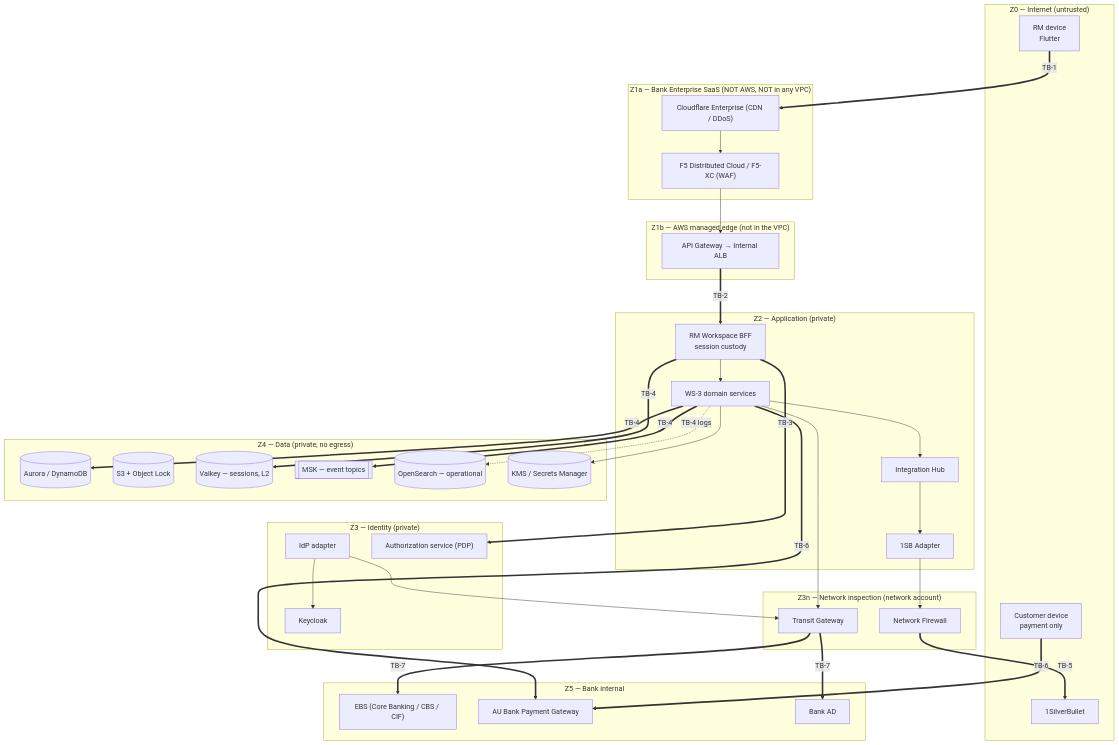
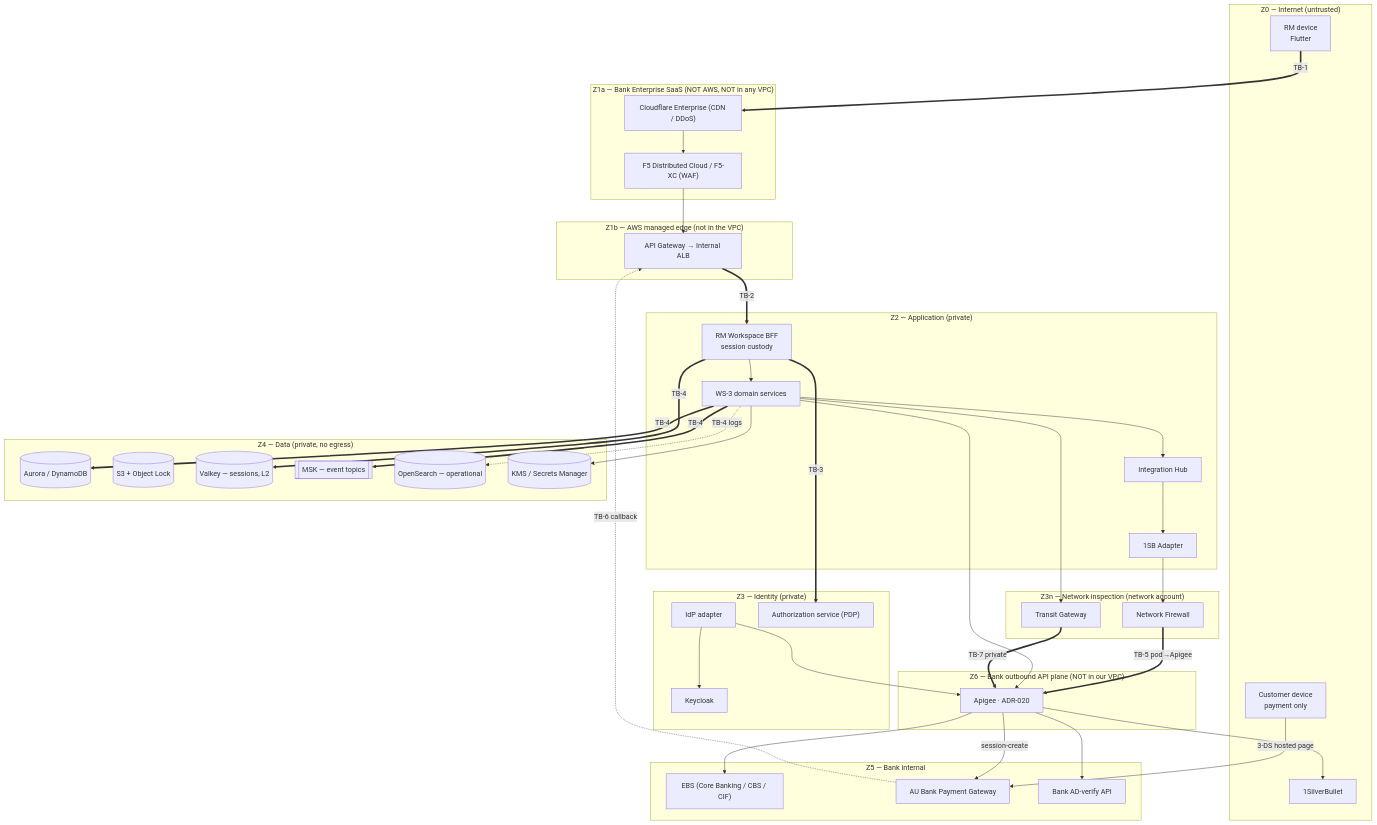
Before and after one commit to Mahesh38/bank-insurance-platform: the diagram in docs/platform/ws3-platform/04-security-architecture.md, drawn with Mermaid. The commit also changed other lines of this file and 12 other files, not shown here.

````diff
--- a/docs/platform/ws3-platform/04-security-architecture.md
+++ b/docs/platform/ws3-platform/04-security-architecture.md
@@ -60,66 +65,72 @@
 ```mermaid
 graph TB
     subgraph Z0["Z0 — Internet (untrusted)"]
         RM["RM device<br/>Flutter"]
         CUSTD["Customer device<br/>payment only"]
         SB["1SilverBullet"]
     end
 
     subgraph Z1S["Z1a — Bank Enterprise SaaS (NOT AWS, NOT in any VPC)"]
         CF["Cloudflare Enterprise (CDN / DDoS)"]
         F5["F5 Distributed Cloud / F5-XC (WAF)"]
     end
 
     subgraph Z1["Z1b — AWS managed edge (not in the VPC)"]
         GW["API Gateway → Internal ALB"]
     end
 
     subgraph Z2["Z2 — Application (private)"]
         BFF["RM Workspace BFF<br/>session custody"]
         SVCS["WS-3 domain services"]
         HUB["Integration Hub"]
         ADPT["1SB Adapter"]
     end
 
     subgraph Z3["Z3 — Identity (private)"]
         IDPA["IdP adapter"]
         PDP["Authorization service (PDP)"]
         KC["Keycloak"]
     end
 
     subgraph Z4["Z4 — Data (private, no egress)"]
         DB[("Aurora / DynamoDB")]
         OBJ[("S3 + Object Lock")]
         CACHE[("Valkey — sessions, L2")]
         BUS[["MSK — event topics"]]
         SRCH[("OpenSearch — operational")]
         KMS[("KMS / Secrets Manager")]
     end
 
     subgraph Z3N["Z3n — Network inspection (network account)"]
         TGW["Transit Gateway"]
         NFW["Network Firewall"]
     end
 
     subgraph Z5["Z5 — Bank internal"]
         EBS["EBS (Core Banking / CBS / CIF)"]
         PGW["AU Bank Payment Gateway"]
-        AD["Bank AD"]
+        AD["Bank AD-verify API"]
+    end
+
+    subgraph Z6["Z6 — Bank outbound API plane (NOT in our VPC)"]
+        APIGEE["Apigee · ADR-020"]
     end
 
     RM ==>|"TB-1"| CF --> F5 --> GW
-    CUSTD ==>|"TB-6"| PGW
+    CUSTD -->|"3-DS hosted page"| PGW
+    PGW -.->|"TB-6 callback"| GW
     GW ==>|"TB-2"| BFF
     BFF ==>|"TB-3"| PDP
     BFF --> SVCS
     BFF ==>|"TB-4"| CACHE
     SVCS ==>|"TB-4"| DB
     SVCS ==>|"TB-4"| BUS
     SVCS -.->|"TB-4 logs"| SRCH
-    SVCS --> HUB --> ADPT --> NFW ==>|"TB-5"| SB
-    SVCS ==>|"TB-6"| PGW
-    SVCS --> TGW ==>|"TB-7"| EBS
-    IDPA --> TGW ==>|"TB-7"| AD
+    SVCS --> HUB --> ADPT --> NFW ==>|"TB-5 pod→Apigee"| APIGEE --> SB
+    SVCS --> APIGEE -->|"session-create"| PGW
+    SVCS --> TGW ==>|"TB-7 private"| APIGEE
+    APIGEE --> EBS
+    IDPA --> APIGEE --> AD
     IDPA --> KC
     SVCS --> KMS
 ```
````
